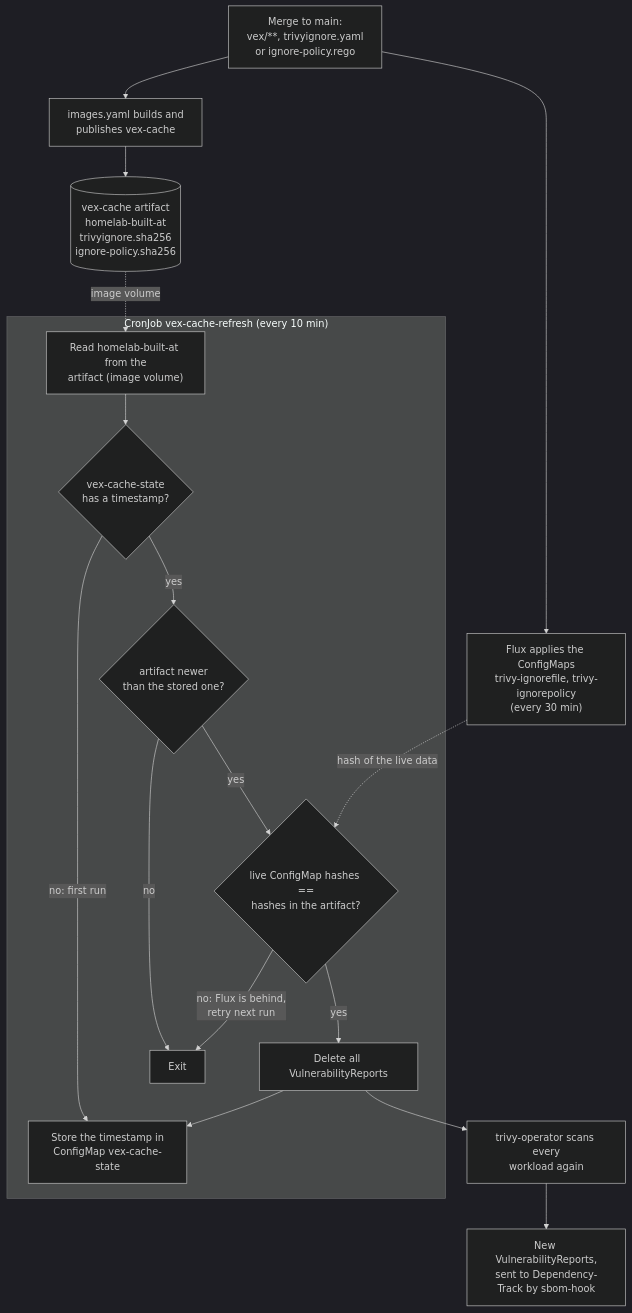
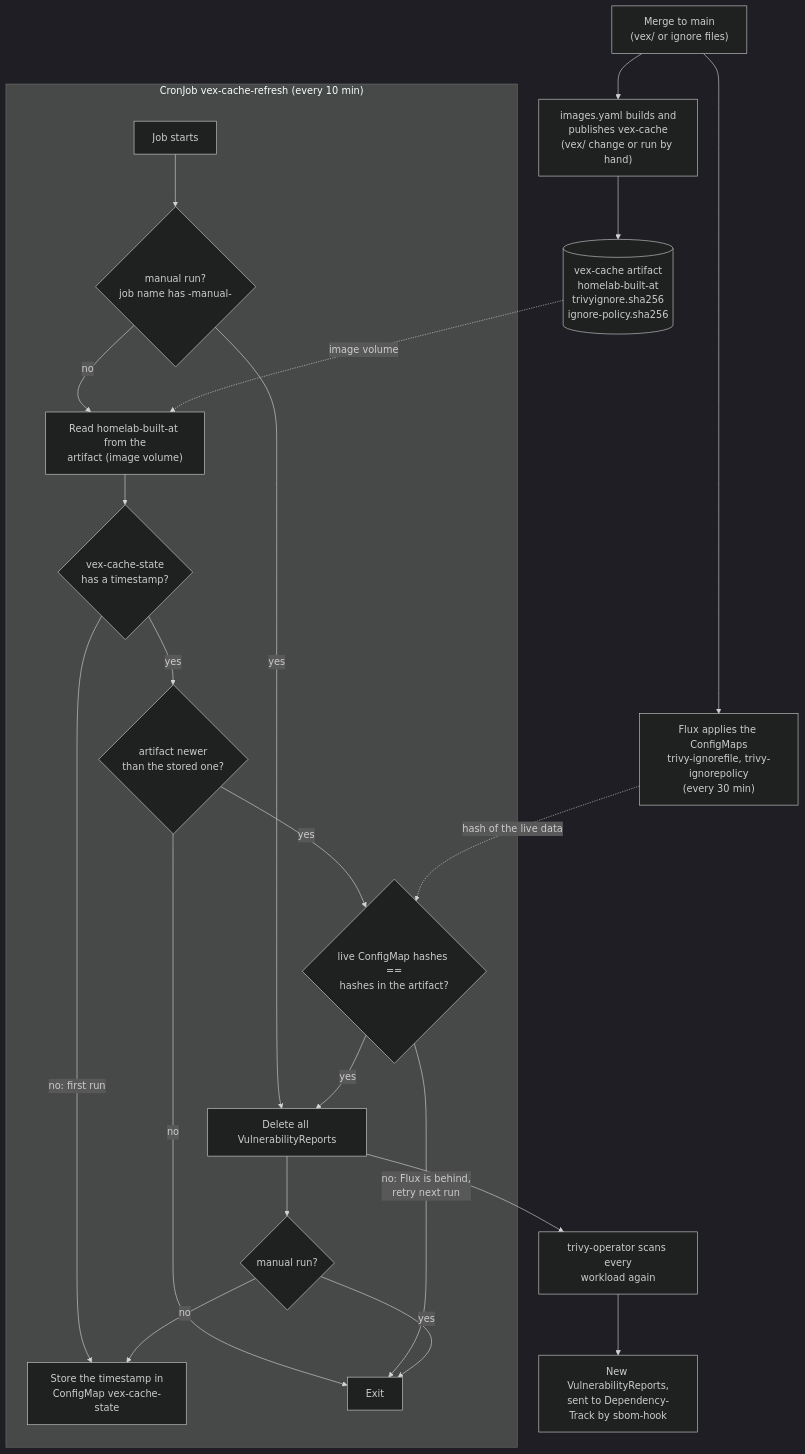
One commit to cthtrifork/talos-gitops changed the diagram in k8s/infra/trivy-system/vex-cache-refresh/README.md. Above: the diagram before and after it, drawn with Mermaid (dark theme). The commit also changed other lines of this file and 3 other files, not shown here.

Commit message:
feat(trivy-system): a manual vex-cache-refresh run always deletes all reports

````diff
--- a/k8s/infra/trivy-system/vex-cache-refresh/README.md
+++ b/k8s/infra/trivy-system/vex-cache-refresh/README.md
@@ -8,22 +8,27 @@
 ```mermaid
 flowchart TB
-    change["Merge to main:<br/>vex/**, trivyignore.yaml<br/>or ignore-policy.rego"] --> ci["images.yaml builds and<br/>publishes vex-cache"]
+    change["Merge to main<br/>(vex/ or ignore files)"] --> ci["images.yaml builds and<br/>publishes vex-cache<br/>(vex/ change or run by hand)"]
     change --> flux["Flux applies the ConfigMaps<br/>trivy-ignorefile, trivy-ignorepolicy<br/>(every 30 min)"]
     ci --> artifact[("vex-cache artifact<br/>homelab-built-at<br/>trivyignore.sha256<br/>ignore-policy.sha256")]
 
     subgraph job["CronJob vex-cache-refresh (every 10 min)"]
-        read["Read homelab-built-at from the<br/>artifact (image volume)"] --> first{"vex-cache-state<br/>has a timestamp?"}
+        start["Job starts"] --> manual{"manual run?<br/>job name has -manual-"}
+        manual -->|yes| delete
+        manual -->|no| read["Read homelab-built-at from the<br/>artifact (image volume)"]
+        read --> first{"vex-cache-state<br/>has a timestamp?"}
         first -->|"no: first run"| record
         first -->|yes| newer{"artifact newer<br/>than the stored one?"}
         newer -->|no| done["Exit"]
         newer -->|yes| guard{"live ConfigMap hashes ==<br/>hashes in the artifact?"}
         guard -->|"no: Flux is behind,<br/>retry next run"| done
         guard -->|yes| delete["Delete all VulnerabilityReports"]
-        delete --> record["Store the timestamp in<br/>ConfigMap vex-cache-state"]
+        delete --> kind{"manual run?"}
+        kind -->|no| record["Store the timestamp in<br/>ConfigMap vex-cache-state"]
+        kind -->|yes| done
     end
 
     artifact -.->|"image volume"| read
     flux -.->|"hash of the live data"| guard
     delete --> operator["trivy-operator scans every<br/>workload again"]
     operator --> reports["New VulnerabilityReports,<br/>sent to Dependency-Track by sbom-hook"]
 ```
````
